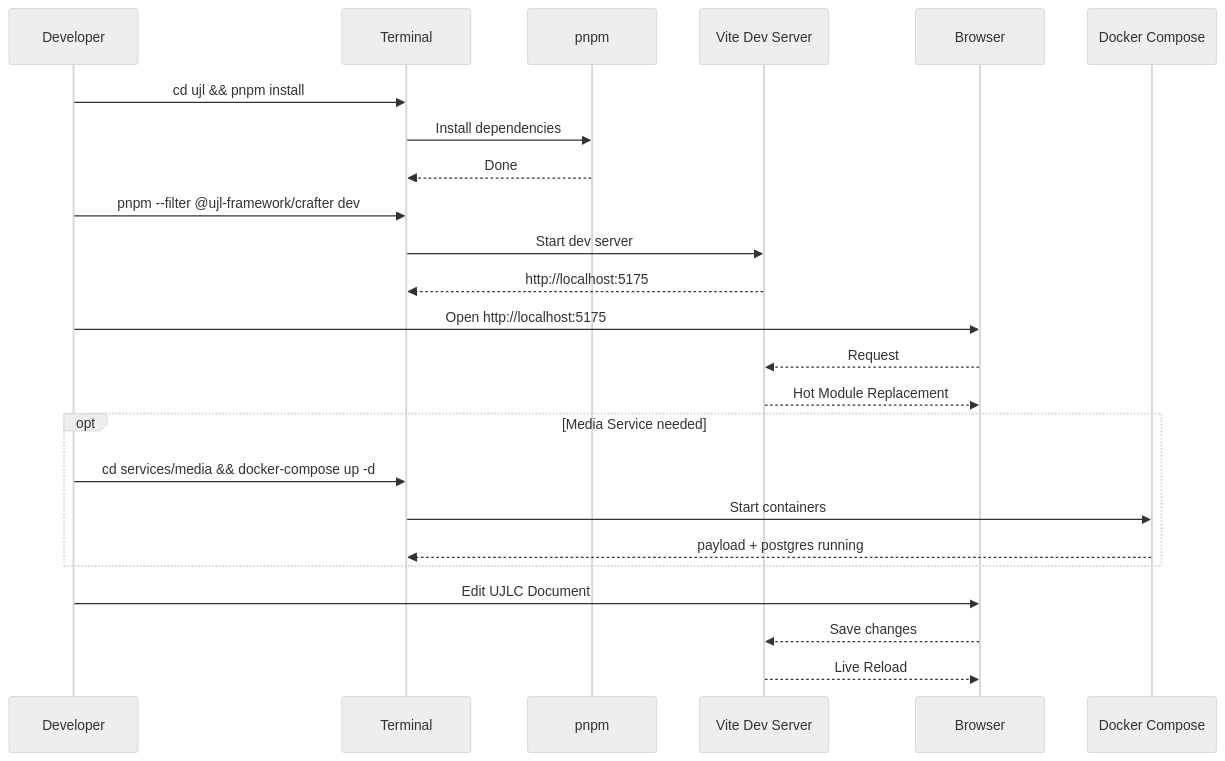
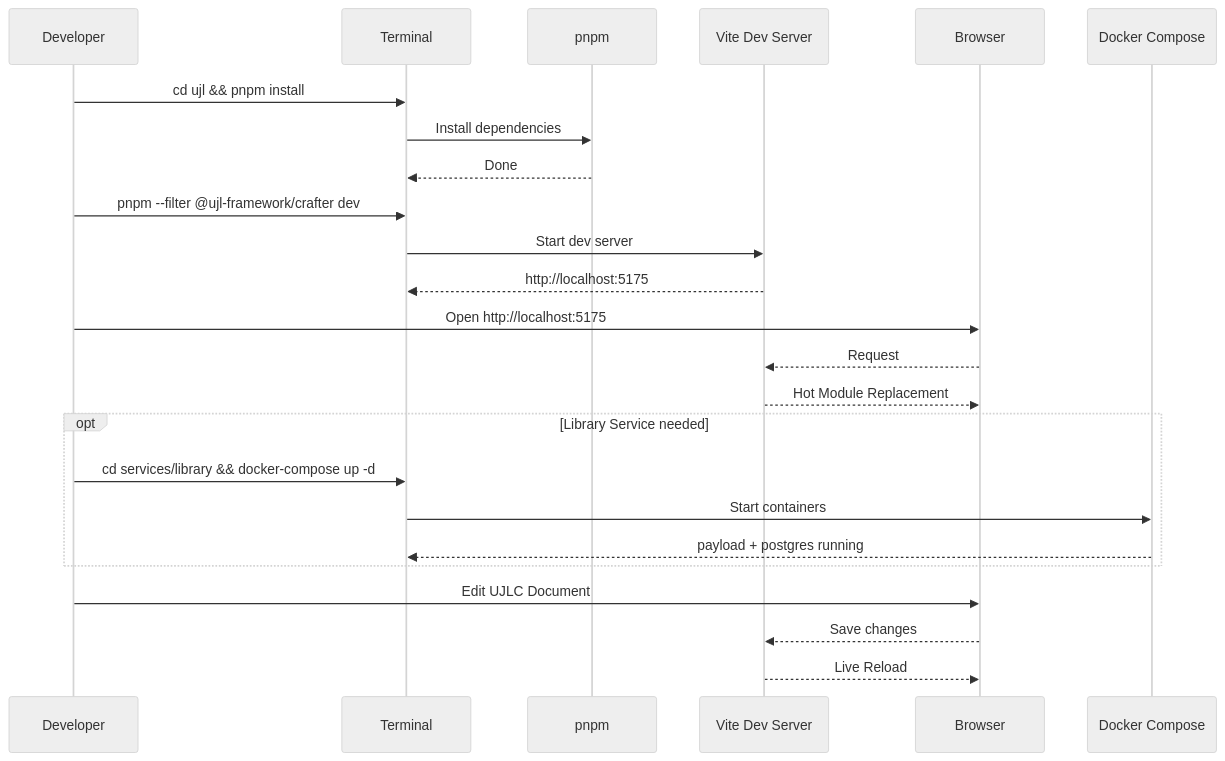
One commit to mainzcript/ujl changed the fifth of 9 diagrams in apps/docs/src/arc42/07-deployment-view.md. Above: the diagram before and after it, drawn with Mermaid (neutral theme). The commit also changed other lines of this file and 11 other files, not shown here.

````diff
--- a/apps/docs/src/arc42/07-deployment-view.md
+++ b/apps/docs/src/arc42/07-deployment-view.md
@@ -371,31 +363,31 @@
 ```mermaid
 sequenceDiagram
     participant Dev as Developer
     participant Terminal as Terminal
     participant PNPM as pnpm
     participant ViteDev as Vite Dev Server
     participant Browser as Browser
     participant Docker as Docker Compose
 
     Dev->>Terminal: cd ujl && pnpm install
     Terminal->>PNPM: Install dependencies
     PNPM-->>Terminal: Done
 
     Dev->>Terminal: pnpm --filter @ujl-framework/crafter dev
     Terminal->>ViteDev: Start dev server
     ViteDev-->>Terminal: http://localhost:5175
 
     Dev->>Browser: Open http://localhost:5175
     Browser-->>ViteDev: Request
     ViteDev-->>Browser: Hot Module Replacement
 
-    opt Media Service needed
-        Dev->>Terminal: cd services/media && docker-compose up -d
+    opt Library Service needed
+        Dev->>Terminal: cd services/library && docker-compose up -d
         Terminal->>Docker: Start containers
         Docker-->>Terminal: payload + postgres running
     end
 
     Dev->>Browser: Edit UJLC Document
     Browser-->>ViteDev: Save changes
     ViteDev-->>Browser: Live Reload
 ```
````
